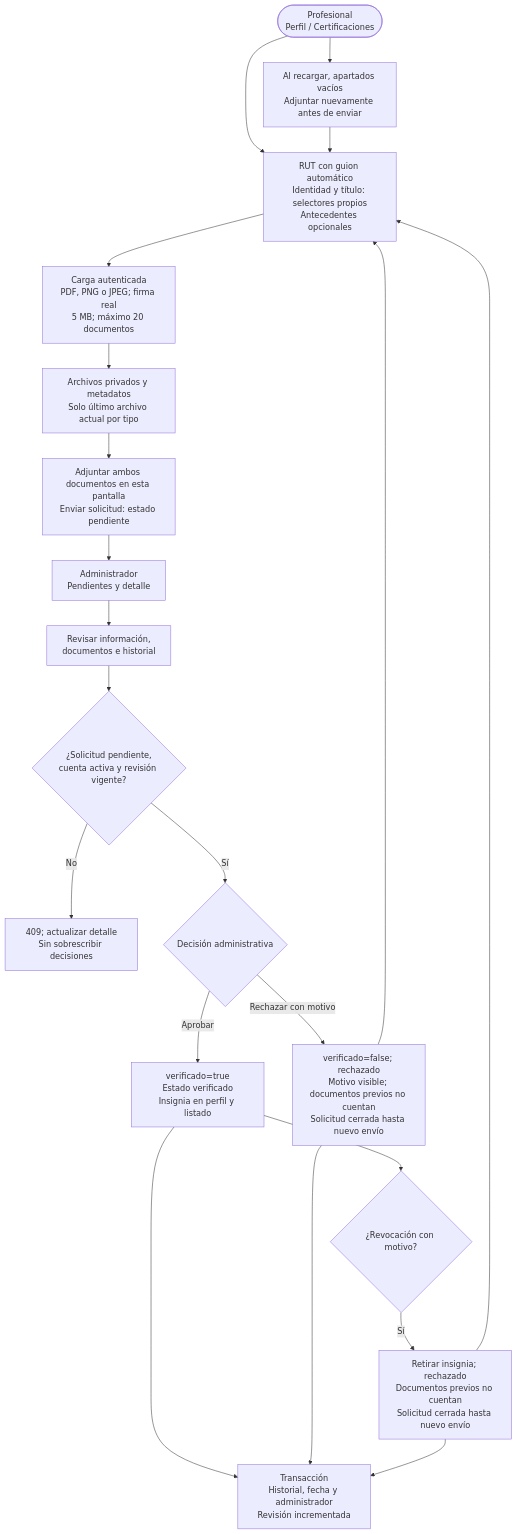
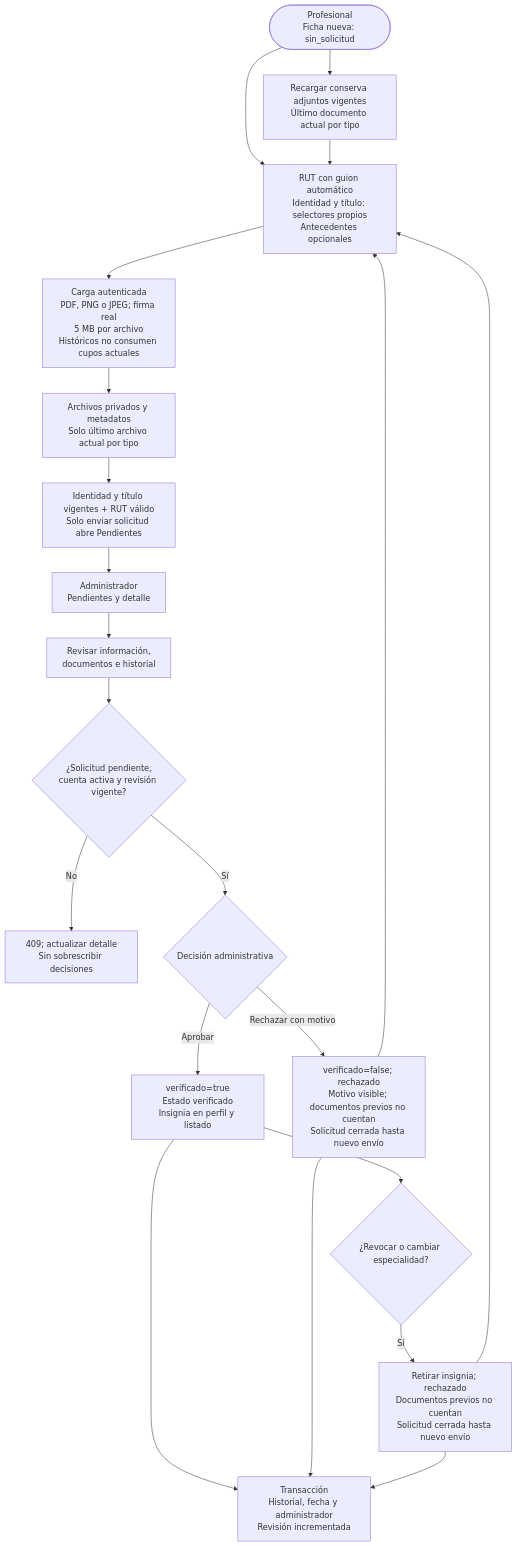
The diagram in FASE 2/Evidencias Proyecto/Evidencias de documentación/Diagramas (Miro)/Actualización Sprint 3/11_Verificacion_Administrativa.mmd (rodriacr/FitSearch), drawn with Mermaid before and after one commit. The commit also changed 26 other files, not shown here.

```diff
--- a/FASE 2/Evidencias Proyecto/Evidencias de documentación/Diagramas (Miro)/Actualización Sprint 3/11_Verificacion_Administrativa.mmd
+++ b/FASE 2/Evidencias Proyecto/Evidencias de documentación/Diagramas (Miro)/Actualización Sprint 3/11_Verificacion_Administrativa.mmd
@@ -1,21 +1,21 @@
 flowchart TD
-  P(["Profesional<br/>Perfil / Certificaciones"]) --> C["RUT con guion automático<br/>Identidad y título: selectores propios<br/>Antecedentes opcionales"]
-  C --> U["Carga autenticada<br/>PDF, PNG o JPEG; firma real<br/>5 MB; máximo 20 documentos"]
+  P(["Profesional<br/>Ficha nueva: sin_solicitud"]) --> C["RUT con guion automático<br/>Identidad y título: selectores propios<br/>Antecedentes opcionales"]
+  C --> U["Carga autenticada<br/>PDF, PNG o JPEG; firma real<br/>5 MB por archivo<br/>Históricos no consumen cupos actuales"]
   U --> S["Archivos privados y metadatos<br/>Solo último archivo actual por tipo"]
-  S --> E["Adjuntar ambos documentos en esta pantalla<br/>Enviar solicitud: estado pendiente"]
-  P --> F["Al recargar, apartados vacíos<br/>Adjuntar nuevamente antes de enviar"]
+  S --> E["Identidad y título vigentes + RUT válido<br/>Solo enviar solicitud abre Pendientes"]
+  P --> F["Recargar conserva adjuntos vigentes<br/>Último documento actual por tipo"]
   F --> C
   E --> L["Administrador<br/>Pendientes y detalle"]
   L --> D["Revisar información,<br/>documentos e historial"]
   D --> R{"¿Solicitud pendiente,<br/>cuenta activa y revisión vigente?"}
   R -->|"No"| X["409; actualizar detalle<br/>Sin sobrescribir decisiones"]
   R -->|"Sí"| V{"Decisión administrativa"}
   V -->|"Aprobar"| A["verificado=true<br/>Estado verificado<br/>Insignia en perfil y listado"]
   V -->|"Rechazar con motivo"| H["verificado=false; rechazado<br/>Motivo visible; documentos previos no cuentan<br/>Solicitud cerrada hasta nuevo envío"]
   H --> C
-  A --> J{"¿Revocación con motivo?"}
+  A --> J{"¿Revocar o cambiar especialidad?"}
   J -->|"Sí"| N["Retirar insignia; rechazado<br/>Documentos previos no cuentan<br/>Solicitud cerrada hasta nuevo envío"]
   N --> C
   A --> T["Transacción<br/>Historial, fecha y administrador<br/>Revisión incrementada"]
   H --> T
   N --> T
```
